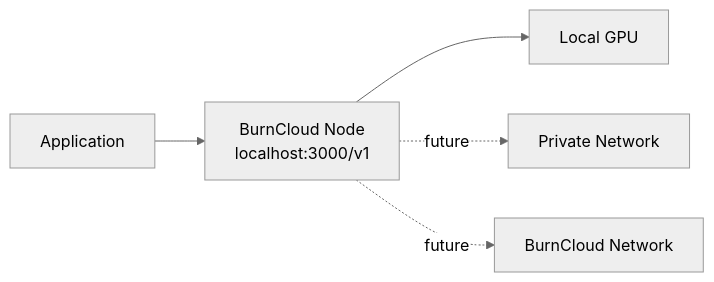
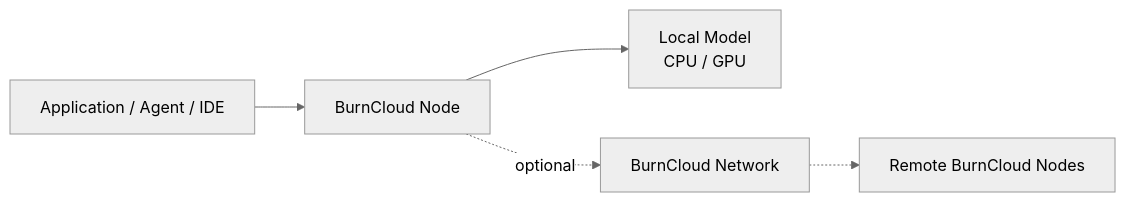
The diagram in docs/index.md (burncloud/burncloud.github.io), drawn with Mermaid (neutral theme) before and after one commit. The commit also changed other lines of this file, not shown here.

Commit message:
docs: make BurnCloud the root architecture overview

````diff
--- a/docs/index.md
+++ b/docs/index.md
@@ -394,7 +15,7 @@
 ```mermaid
 flowchart LR
-    APP["Application"] --> NODE["BurnCloud Node\nlocalhost:3000/v1"]
-    NODE --> LOCAL["Local GPU"]
-    NODE -. future .-> PRIVATE["Private Network"]
-    NODE -. future .-> PUBLIC["BurnCloud Network"]
+    APP["Application / Agent / IDE"] --> NODE["BurnCloud Node"]
+    NODE --> LOCAL["Local Model\nCPU / GPU"]
+    NODE -. "optional" .-> NETWORK["BurnCloud Network"]
+    NETWORK -.-> REMOTE["Remote BurnCloud Nodes"]
 ```
````
